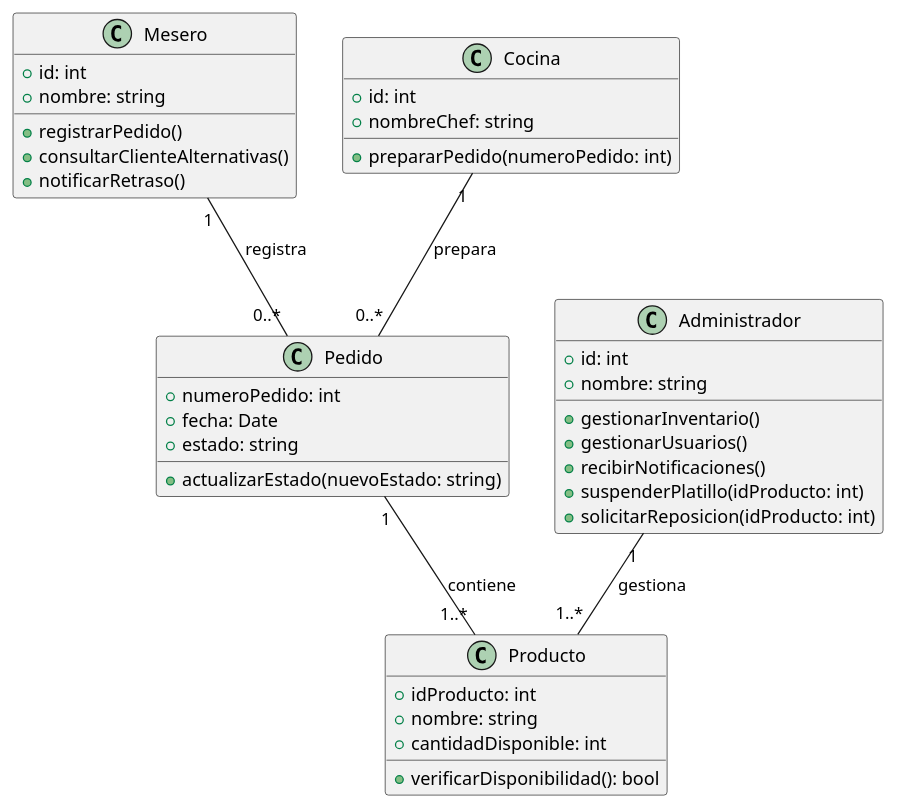
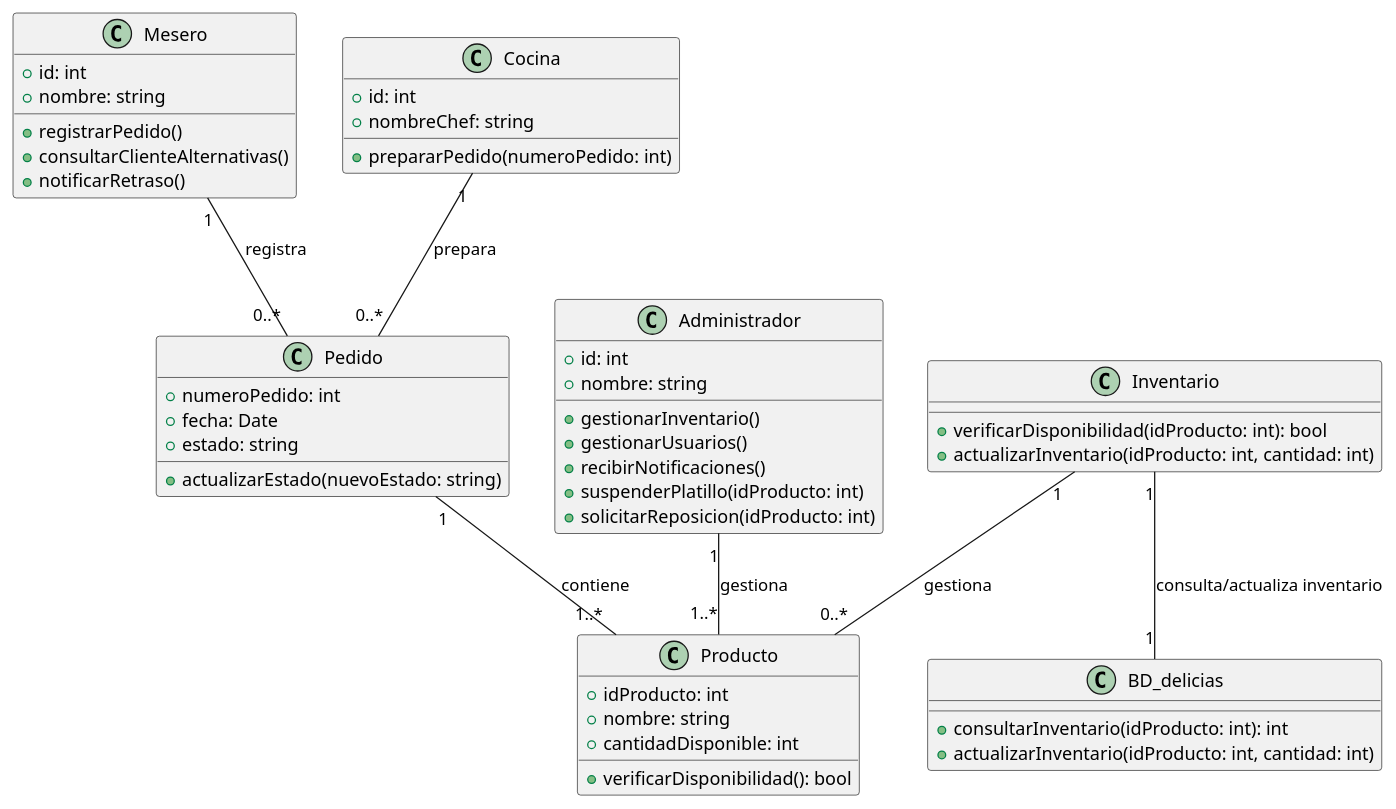
The diagram in Ing.Requisitos/diagrama_clases.plantuml (jaidergomez03/Ing.Requisitos), drawn with PlantUML before and after one commit. The commit also changed 2 other files, not shown here.

```diff
--- a/Ing.Requisitos/diagrama_clases.plantuml
+++ b/Ing.Requisitos/diagrama_clases.plantuml
@@ -1,45 +1,56 @@
 @startuml clases
 class Mesero {
   +id: int
   +nombre: string
   +registrarPedido()
   +consultarClienteAlternativas()
   +notificarRetraso()
 }
 
 class Pedido {
   +numeroPedido: int
   +fecha: Date
   +estado: string
   +actualizarEstado(nuevoEstado: string)
 }
 
 class Producto {
   +idProducto: int
   +nombre: string
   +cantidadDisponible: int
   +verificarDisponibilidad(): bool
 }
 
 class Administrador {
   +id: int
   +nombre: string
   +gestionarInventario()
   +gestionarUsuarios()
   +recibirNotificaciones()
   +suspenderPlatillo(idProducto: int)
   +solicitarReposicion(idProducto: int)
 }
 
 class Cocina {
   +id: int
   +nombreChef: string
   +prepararPedido(numeroPedido: int)
 }
 
+class Inventario {
+  +verificarDisponibilidad(idProducto: int): bool
+  +actualizarInventario(idProducto: int, cantidad: int)
+}
+
+class BD_delicias {
+  +consultarInventario(idProducto: int): int
+  +actualizarInventario(idProducto: int, cantidad: int)
+}
+
 Mesero "1" -- "0..*" Pedido : registra
 Pedido "1" -- "1..*" Producto : contiene
 Administrador "1" -- "1..*" Producto : gestiona
 Cocina "1" -- "0..*" Pedido : prepara
-
+Inventario "1" -- "0..*" Producto : gestiona
+Inventario "1" -- "1" BD_delicias : consulta/actualiza inventario 
 @enduml
```
